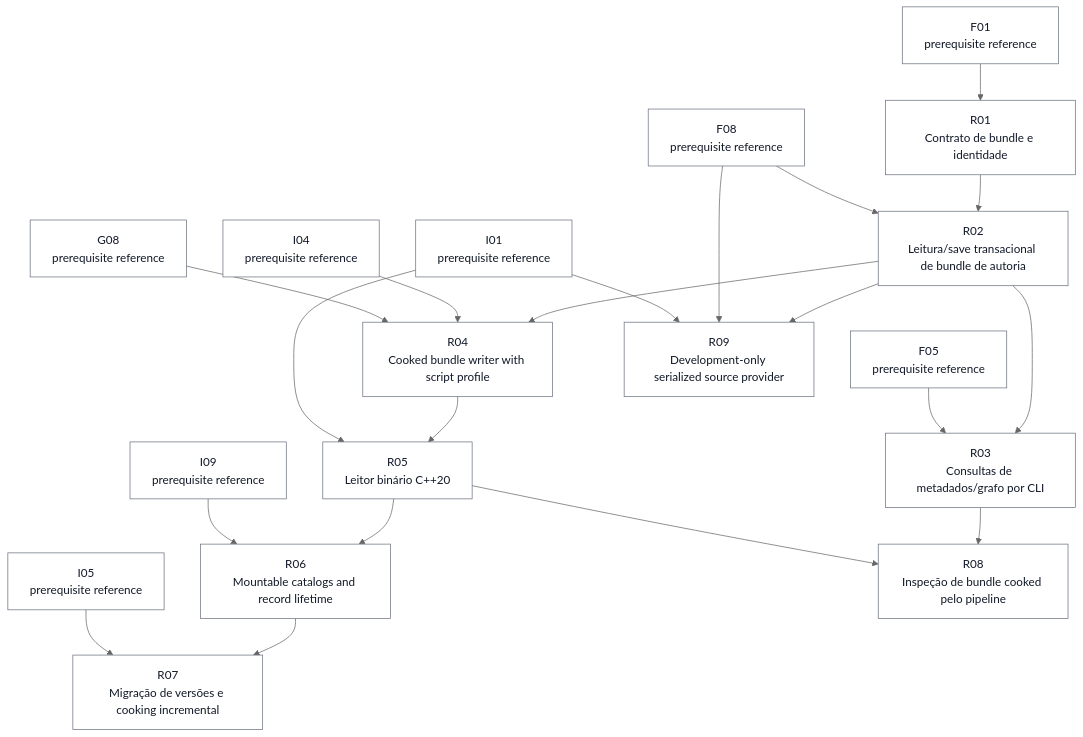
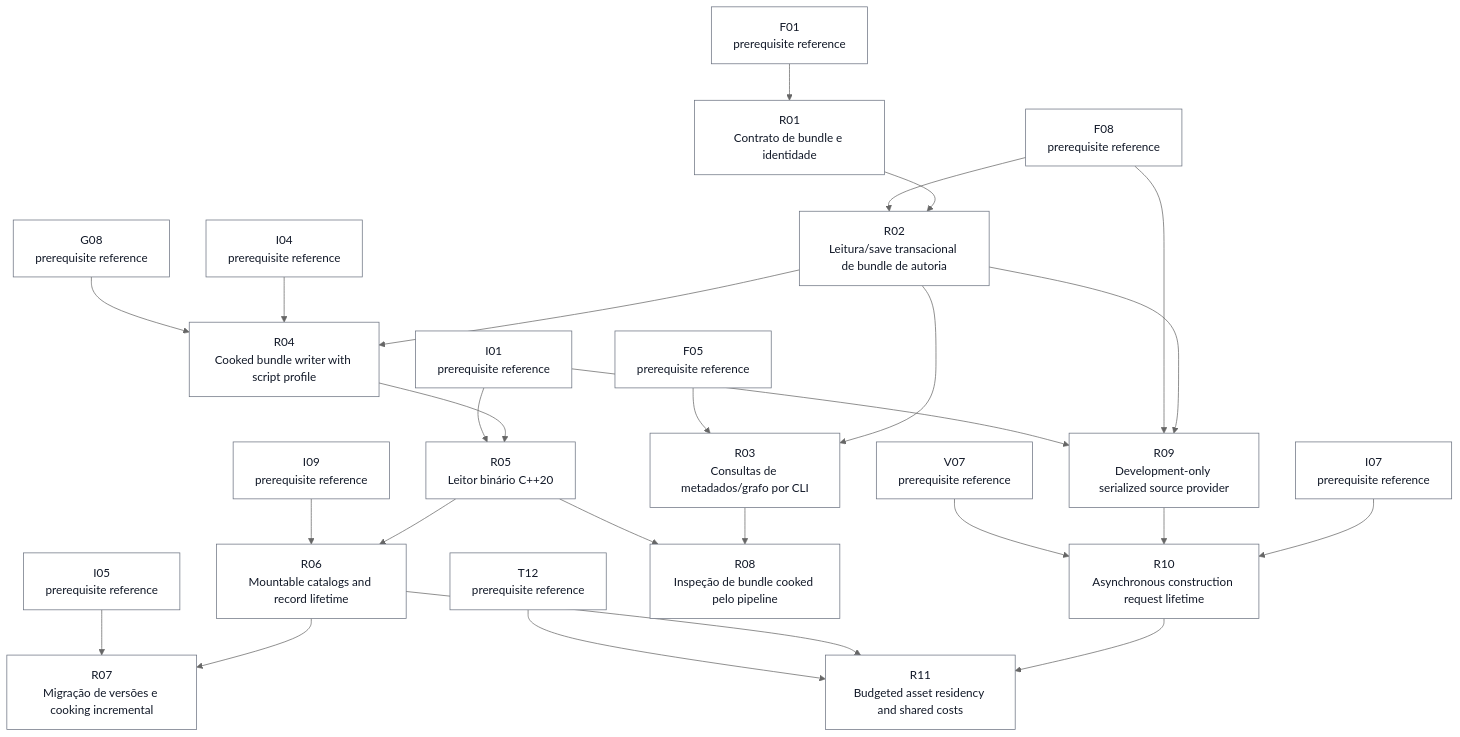
Diagram 19 of 28 in docs/task-dependencies.md (ocarizr/spaceraiders), drawn with Mermaid (neutral theme) before and after one commit. The commit also changed other lines of this file and 9 other files, not shown here.

````diff
--- a/docs/task-dependencies.md
+++ b/docs/task-dependencies.md
@@ -1098,42 +1155,53 @@
 ```mermaid
 flowchart TD
     ref_R_F01["F01<br/>prerequisite reference"]:::pending
     ref_R_F05["F05<br/>prerequisite reference"]:::pending
     ref_R_F08["F08<br/>prerequisite reference"]:::pending
     ref_R_G08["G08<br/>prerequisite reference"]:::pending
     ref_R_I01["I01<br/>prerequisite reference"]:::pending
     ref_R_I04["I04<br/>prerequisite reference"]:::pending
     ref_R_I05["I05<br/>prerequisite reference"]:::pending
+    ref_R_I07["I07<br/>prerequisite reference"]:::pending
     ref_R_I09["I09<br/>prerequisite reference"]:::pending
+    ref_R_T12["T12<br/>prerequisite reference"]:::pending
+    ref_R_V07["V07<br/>prerequisite reference"]:::pending
     R01["R01<br/>Contrato de bundle e identidade"]:::pending
     R02["R02<br/>Leitura/save transacional de bundle de autoria"]:::pending
     R03["R03<br/>Consultas de metadados/grafo por CLI"]:::pending
     R04["R04<br/>Cooked bundle writer with script profile"]:::pending
     R05["R05<br/>Leitor binário C++20"]:::pending
     R06["R06<br/>Mountable catalogs and record lifetime"]:::pending
     R07["R07<br/>Migração de versões e cooking incremental"]:::pending
     R08["R08<br/>Inspeção de bundle cooked pelo pipeline"]:::pending
     R09["R09<br/>Development-only serialized source provider"]:::pending
+    R10["R10<br/>Asynchronous construction request lifetime"]:::pending
+    R11["R11<br/>Budgeted asset residency and shared costs"]:::pending
     ref_R_F01 --> R01
     R01 --> R02
     ref_R_F08 --> R02
     R02 --> R03
     ref_R_F05 --> R03
     R02 --> R04
     ref_R_I04 --> R04
     ref_R_G08 --> R04
     R04 --> R05
     ref_R_I01 --> R05
     R05 --> R06
     ref_R_I09 --> R06
     R06 --> R07
     ref_R_I05 --> R07
     R03 --> R08
     R05 --> R08
     R02 --> R09
     ref_R_F08 --> R09
     ref_R_I01 --> R09
+    ref_R_I07 --> R10
+    R09 --> R10
+    ref_R_V07 --> R10
+    R10 --> R11
+    R06 --> R11
+    ref_R_T12 --> R11
     classDef pending fill:#ffffff,stroke:#6b7280,color:#111827
     classDef ready fill:#86efac,stroke:#166534,color:#111827
     classDef done fill:#f87171,stroke:#991b1b,color:#111827
 ```
````
